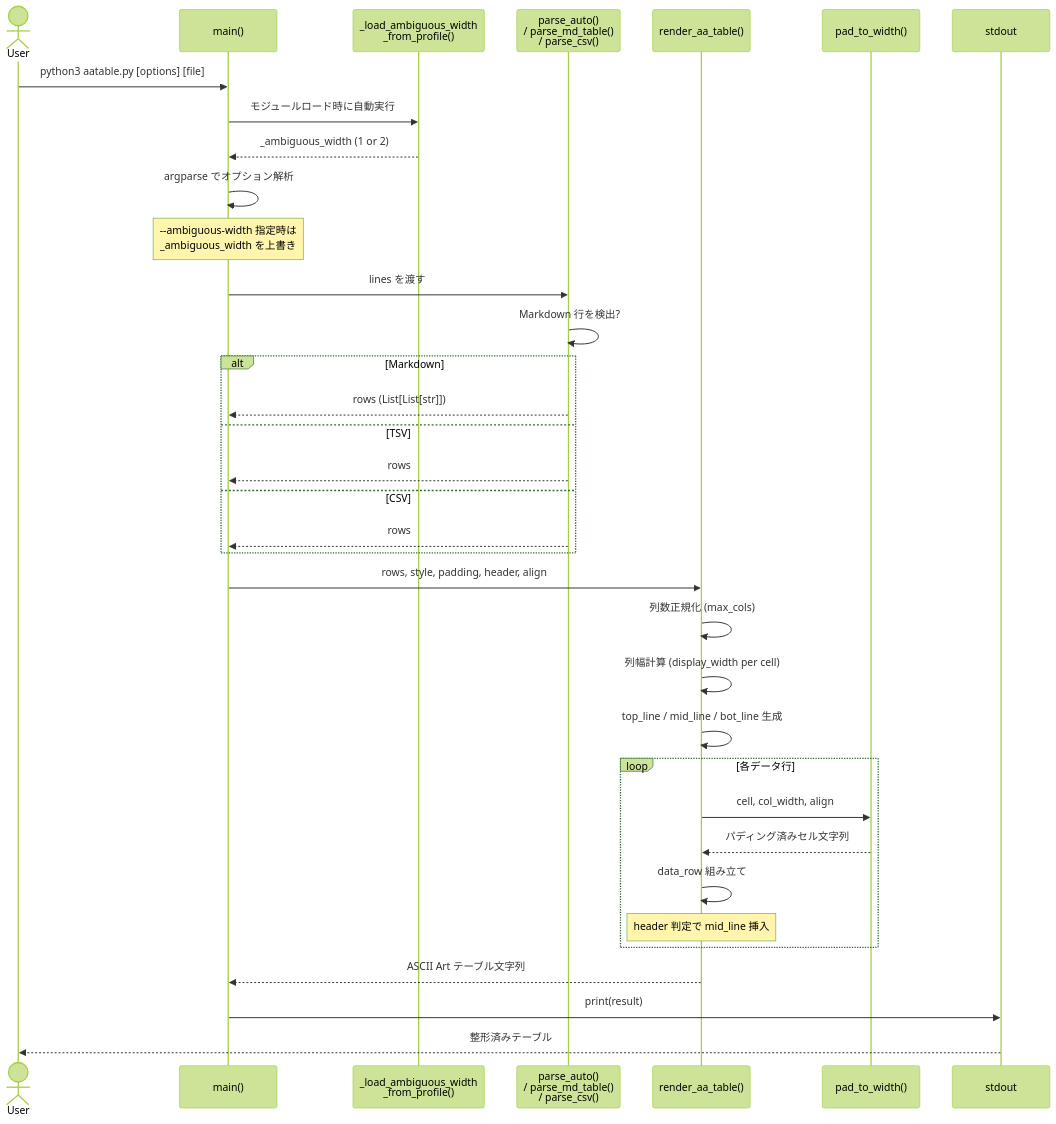
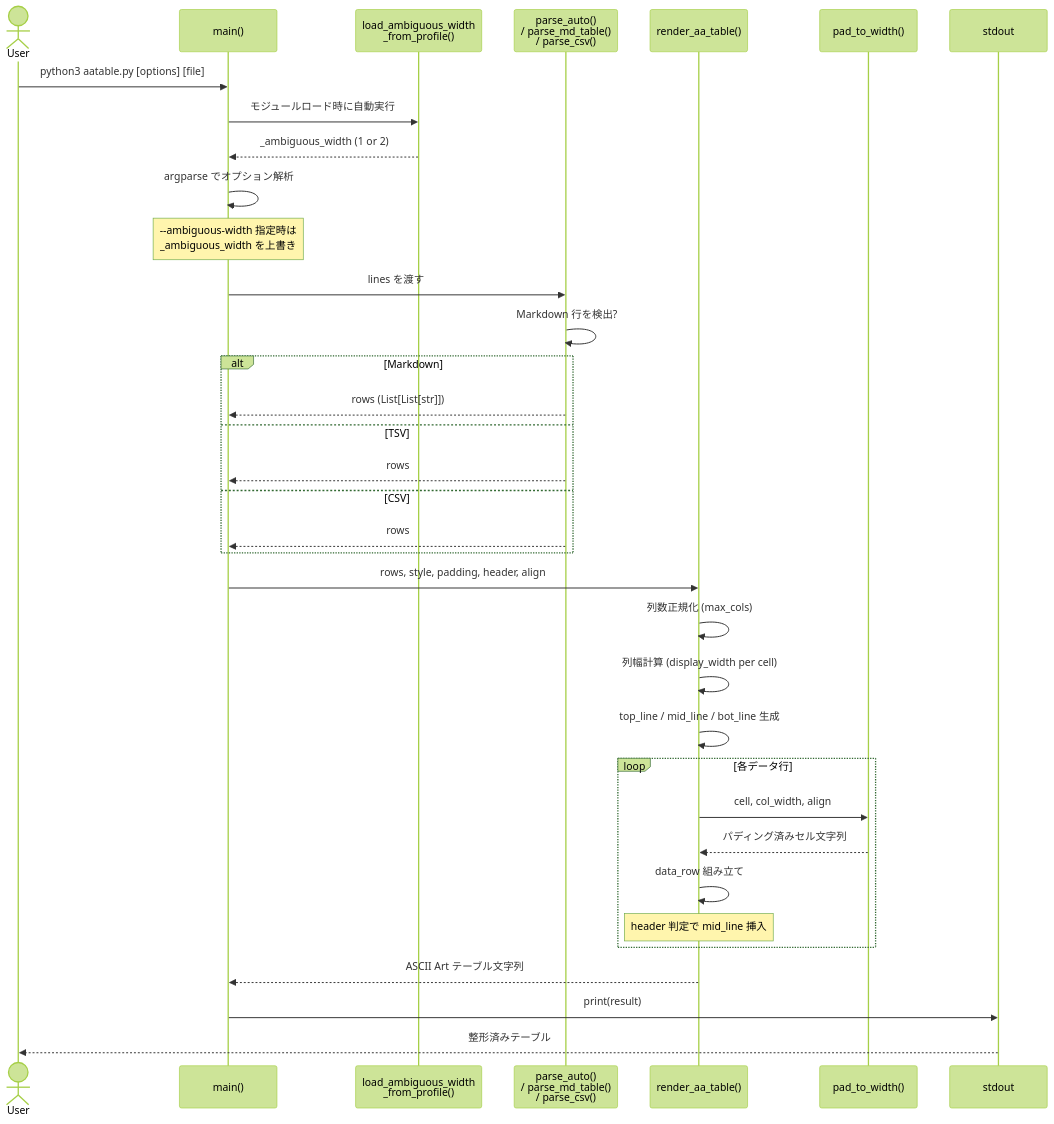
Before and after one commit to opaopa6969/AATable: the ninth of 10 diagrams in spec/SPEC.md, drawn with Mermaid (forest theme). The commit also changed other lines of this file, not shown here.

````diff
--- a/spec/SPEC.md
+++ b/spec/SPEC.md
@@ -1682,43 +1686,43 @@
 ```mermaid
 sequenceDiagram
     actor User
     participant main as main()
-    participant profile as _load_ambiguous_width<br/>_from_profile()
+    participant profile as load_ambiguous_width<br/>_from_profile()
     participant parse as parse_auto()<br/>/ parse_md_table()<br/>/ parse_csv()
     participant render as render_aa_table()
     participant pad as pad_to_width()
     participant stdout as stdout
 
     User->>main: python3 aatable.py [options] [file]
     main->>profile: モジュールロード時に自動実行
     profile-->>main: _ambiguous_width (1 or 2)
 
     main->>main: argparse でオプション解析
     Note over main: --ambiguous-width 指定時は<br/>_ambiguous_width を上書き
 
     main->>parse: lines を渡す
     parse->>parse: Markdown 行を検出?
     alt Markdown
         parse-->>main: rows (List[List[str]])
     else TSV
         parse-->>main: rows
     else CSV
         parse-->>main: rows
     end
 
     main->>render: rows, style, padding, header, align
     render->>render: 列数正規化 (max_cols)
     render->>render: 列幅計算 (display_width per cell)
     render->>render: top_line / mid_line / bot_line 生成
 
     loop 各データ行
         render->>pad: cell, col_width, align
         pad-->>render: パディング済みセル文字列
         render->>render: data_row 組み立て
         Note over render: header 判定で mid_line 挿入
     end
 
     render-->>main: ASCII Art テーブル文字列
     main->>stdout: print(result)
     stdout-->>User: 整形済みテーブル
 ```
````
